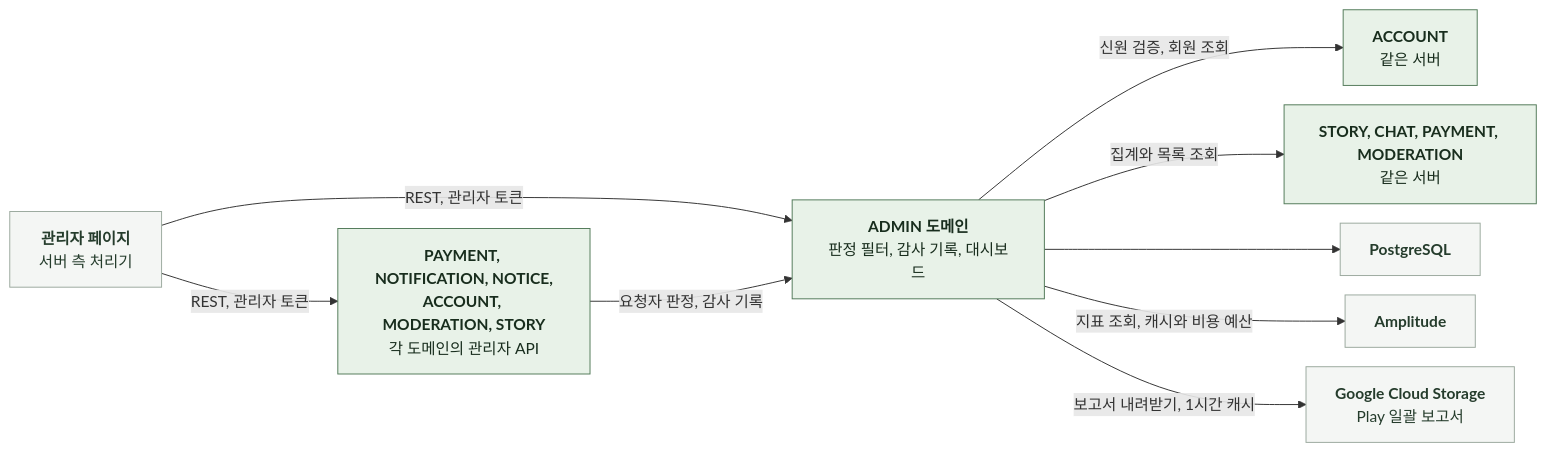
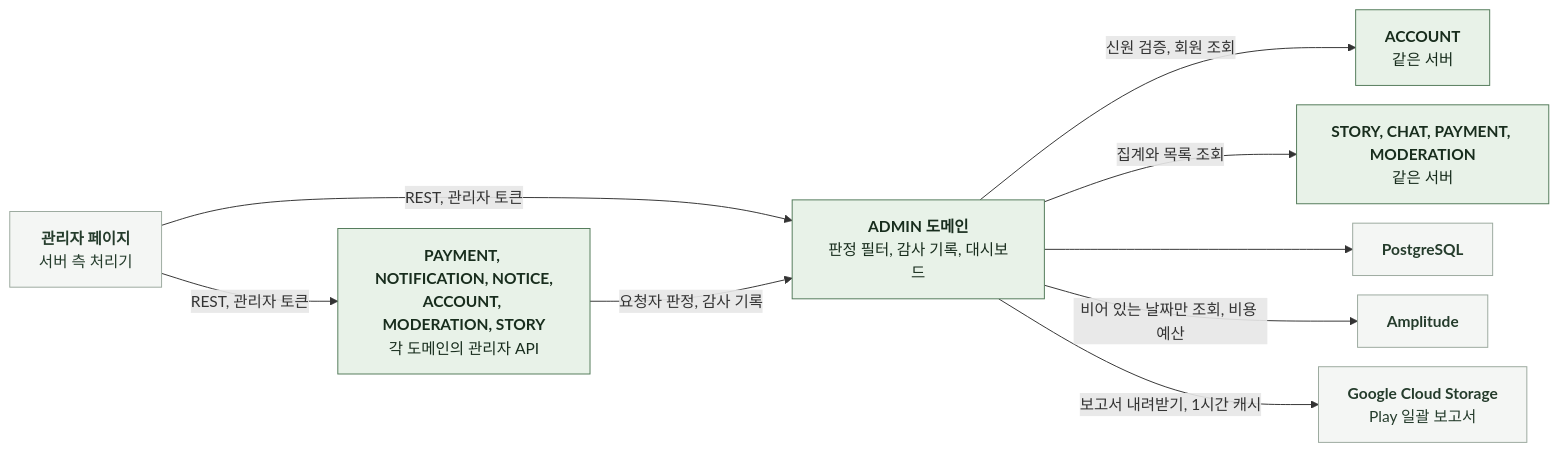
Before and after one commit to KIM-N-KANG/knk-harness: the diagram in docs/domain/ADMIN/BACKEND/3-1-SOFTWARE-ARCHITECTURE.md, drawn with Mermaid. The commit also changed other lines of this file and 12 other files, not shown here.

````diff
--- a/docs/domain/ADMIN/BACKEND/3-1-SOFTWARE-ARCHITECTURE.md
+++ b/docs/domain/ADMIN/BACKEND/3-1-SOFTWARE-ARCHITECTURE.md
@@ -21,23 +21,23 @@
 ```mermaid
 %%{init: {"flowchart": {"curve": "basis", "nodeSpacing": 20, "rankSpacing": 60}}}%%
 flowchart LR
     A["`**관리자 페이지**
 서버 측 처리기`"] -->|REST, 관리자 토큰| S["`**ADMIN 도메인**
 판정 필터, 감사 기록, 대시보드`"]
     A -->|REST, 관리자 토큰| O["`**PAYMENT, NOTIFICATION, NOTICE,
 ACCOUNT, MODERATION, STORY**
 각 도메인의 관리자 API`"]
     O -->|요청자 판정, 감사 기록| S
     S -->|신원 검증, 회원 조회| AC["`**ACCOUNT**
 같은 서버`"]
     S -->|집계와 목록 조회| R["`**STORY, CHAT, PAYMENT, MODERATION**
 같은 서버`"]
     S --> DB["`**PostgreSQL**`"]
-    S -->|지표 조회, 캐시와 비용 예산| AM["`**Amplitude**`"]
+    S -->|비어 있는 날짜만 조회, 비용 예산| AM["`**Amplitude**`"]
     S -->|보고서 내려받기, 1시간 캐시| GCS["`**Google Cloud Storage**
 Play 일괄 보고서`"]
     classDef ext fill:#F4F6F4,stroke:#9BA99E,color:#253C2C
     classDef comp fill:#E8F2E8,stroke:#527A59,color:#182D1D
     class A,DB,AM,GCS ext
     class S,O,AC,R comp
 ```
````
